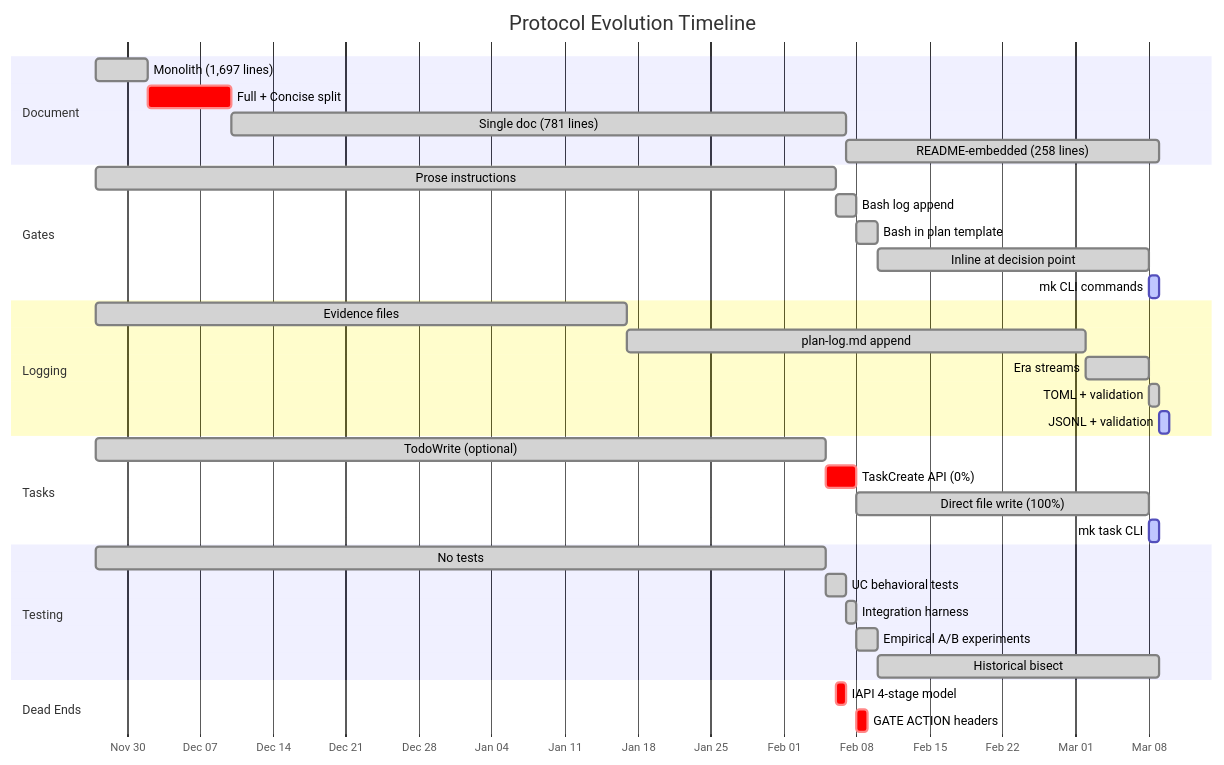
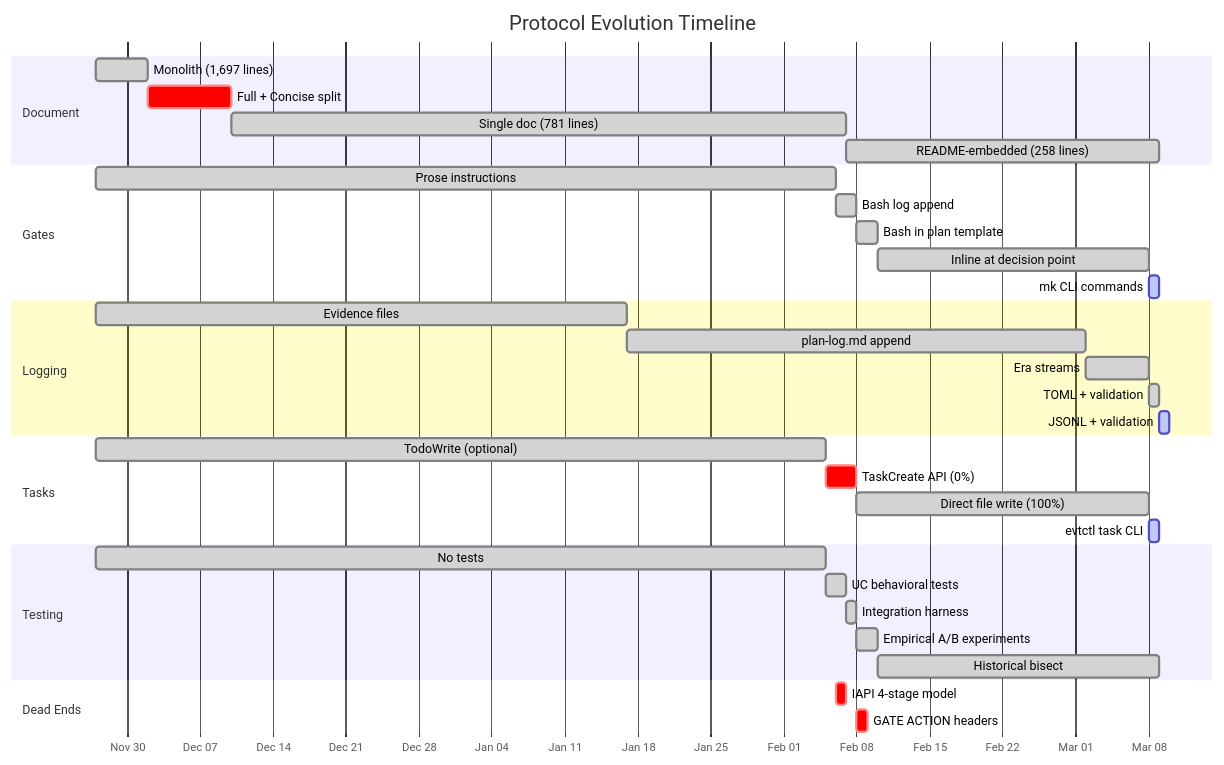
The first of 6 diagrams in docs/evolution.md (binaryphile/tandem-protocol), drawn with Mermaid before and after one commit. The commit also changed other lines of this file and 12 other files, not shown here.

````diff
--- a/docs/evolution.md
+++ b/docs/evolution.md
@@ -7,43 +7,43 @@
 ```mermaid
 gantt
     title Protocol Evolution Timeline
     dateFormat YYYY-MM-DD
     axisFormat %b %d
 
     section Document
     Monolith (1,697 lines)       :done, 2025-11-27, 2025-12-02
     Full + Concise split         :crit, 2025-12-02, 2025-12-10
     Single doc (781 lines)       :done, 2025-12-10, 2026-02-07
     README-embedded (258 lines)  :done, 2026-02-07, 2026-03-09
 
     section Gates
     Prose instructions           :done, 2025-11-27, 2026-02-06
     Bash log append              :done, 2026-02-06, 2026-02-08
     Bash in plan template        :done, 2026-02-08, 2026-02-10
     Inline at decision point     :done, 2026-02-10, 2026-03-08
     mk CLI commands              :active, 2026-03-08, 2026-03-09
 
     section Logging
     Evidence files               :done, 2025-11-27, 2026-01-17
     plan-log.md append           :done, 2026-01-17, 2026-03-02
     Era streams                  :done, 2026-03-02, 2026-03-08
     TOML + validation            :done, 2026-03-08, 2026-03-09
     JSONL + validation           :active, 2026-03-09, 2026-03-10
 
     section Tasks
     TodoWrite (optional)         :done, 2025-11-27, 2026-02-05
     TaskCreate API (0%)          :crit, 2026-02-05, 2026-02-08
     Direct file write (100%)     :done, 2026-02-08, 2026-03-08
-    mk task CLI                  :active, 2026-03-08, 2026-03-09
+    evtctl task CLI                  :active, 2026-03-08, 2026-03-09
 
     section Testing
     No tests                     :done, 2025-11-27, 2026-02-05
     UC behavioral tests          :done, 2026-02-05, 2026-02-07
     Integration harness          :done, 2026-02-07, 2026-02-08
     Empirical A/B experiments    :done, 2026-02-08, 2026-02-10
     Historical bisect            :done, 2026-02-10, 2026-03-09
 
     section Dead Ends
     IAPI 4-stage model           :crit, 2026-02-06, 2026-02-07
     GATE ACTION headers          :crit, 2026-02-08, 2026-02-09
 ```
````
